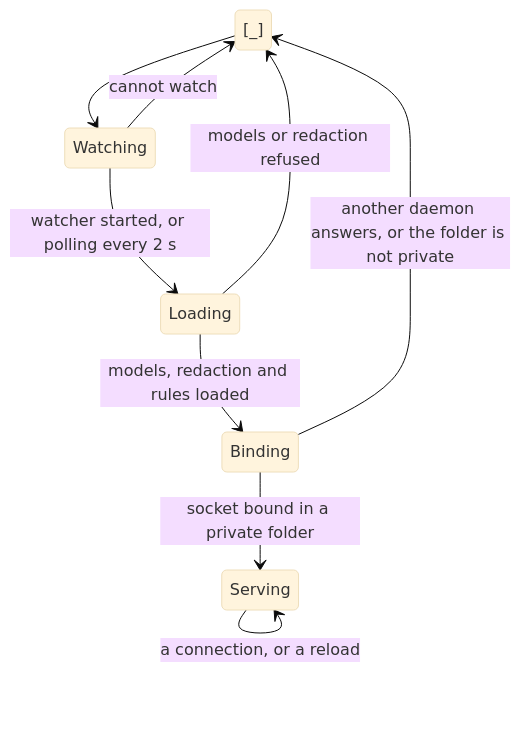
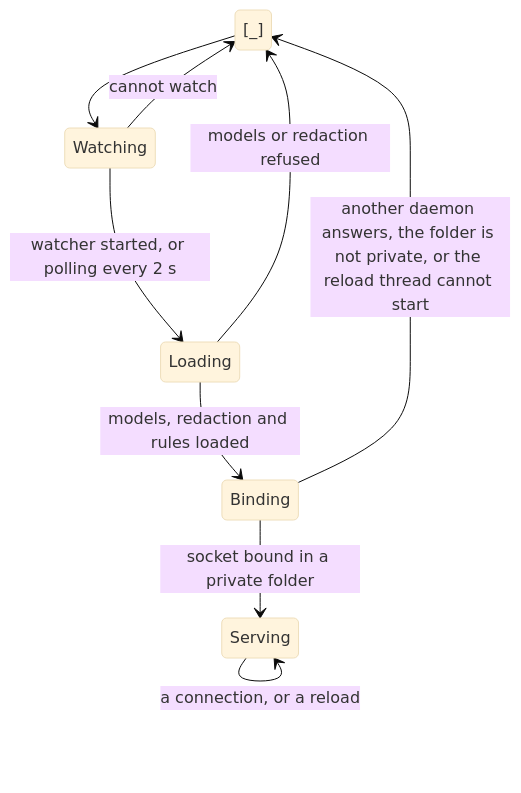
The first of 11 diagrams in docs/audits/state-machines.md (StevenJPx2/chauffeur), drawn with Mermaid (base theme) before and after one commit. The commit also changed other lines of this file, not shown here.

First line of the commit message:
docs(audit): show the accept retry, reload thread error and closed pipe fixed

````diff
--- a/docs/audits/state-machines.md
+++ b/docs/audits/state-machines.md
@@ -166,11 +210,11 @@
 ```mermaid
 stateDiagram-v2
 [_] --> Watching
 Watching --> Loading : watcher started, or polling every 2 s
 Watching --> [_] : cannot watch
 Loading --> Binding : models, redaction and rules loaded
 Loading --> [_] : models or redaction refused
 Binding --> Serving : socket bound in a private folder
-Binding --> [_] : another daemon answers, or the folder is not private
+Binding --> [_] : another daemon answers, the folder is not private, or the reload thread cannot start
 Serving --> Serving : a connection, or a reload
 ```
````
